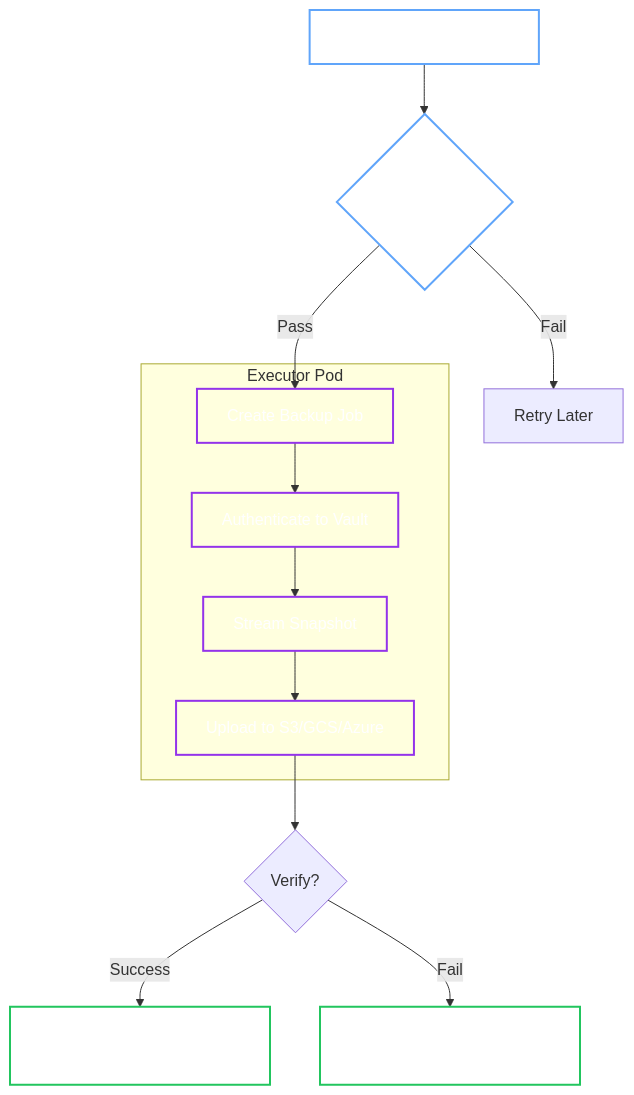
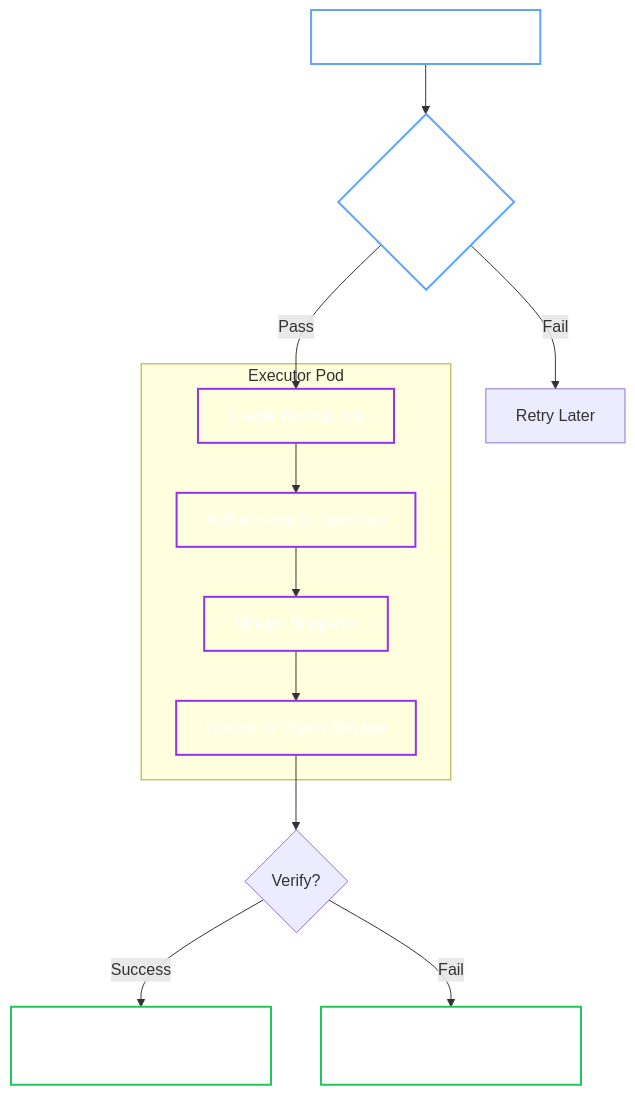
Before and after one commit to dc-tec/openbao-operator: the diagram in docs/architecture/backup-manager.md, drawn with Mermaid. The commit also changed other lines of this file and 47 other files, not shown here.

Commit message:
feat(backup;restore): azure blob storage and GCS support as backup provider (#71)

````diff
--- a/docs/architecture/backup-manager.md
+++ b/docs/architecture/backup-manager.md
@@ -13,25 +13,25 @@
 ```mermaid
 graph TD
     Trigger[Trigger: Cron or Manual] --> Prelight{Pre-flight Checks}
     
     Prelight -- Fail --> Retry[Retry Later]
     Prelight -- Pass --> Job[Create Backup Job]
     
     subgraph K8s_Job [Executor Pod]
-        Job --> Auth[Authenticate to Vault]
+        Job --> Auth[Authenticate to OpenBao]
         Auth --> Stream[Stream Snapshot]
-        Stream --> Upload[Upload to S3/GCS/Azure]
+        Stream --> Upload[Upload to Object Storage]
     end
     
     Upload --> Verify{Verify?}
     Verify -- Success --> Status[Update Status: LastSuccessfulBackup]
     Verify -- Fail --> StatusFail[Update Status: ConsecutiveFailures]
 
     classDef process fill:transparent,stroke:#9333ea,stroke-width:2px,color:#fff;
     classDef write fill:transparent,stroke:#22c55e,stroke-width:2px,color:#fff;
     classDef read fill:transparent,stroke:#60a5fa,stroke-width:2px,color:#fff;
     
     class Job,Auth,Stream,Upload process;
     class Trigger,Prelight read;
     class Status,StatusFail write;
 ```
````
